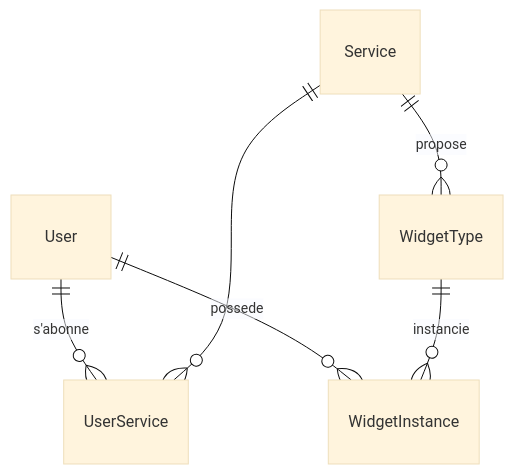
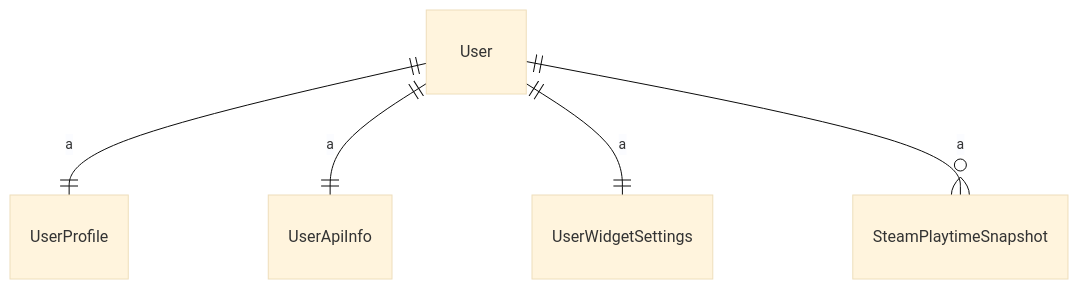
Before and after one commit to pierre54200/Dashboard: the second of 3 diagrams in ARCHITECTURE.md, drawn with Mermaid (base theme). The commit also changed other lines of this file and 1 other file, not shown here.

````diff
--- a/ARCHITECTURE.md
+++ b/ARCHITECTURE.md
@@ -97,8 +119,7 @@
 ```mermaid
 erDiagram
-    User ||--o{ UserService : "s'abonne"
-    Service ||--o{ UserService : ""
-    Service ||--o{ WidgetType : propose
-    User ||--o{ WidgetInstance : possede
-    WidgetType ||--o{ WidgetInstance : instancie
+    User ||--|| UserProfile : "a"
+    User ||--|| UserApiInfo : "a"
+    User ||--|| UserWidgetSettings : "a"
+    User ||--o{ SteamPlaytimeSnapshot : "a"
 ```
````
